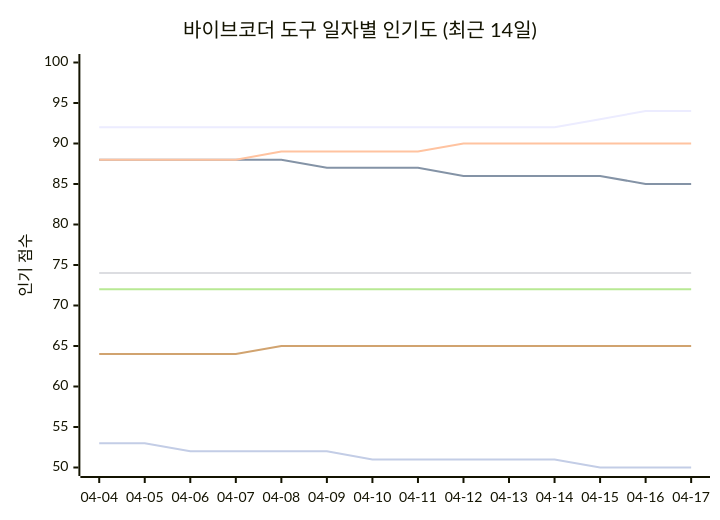
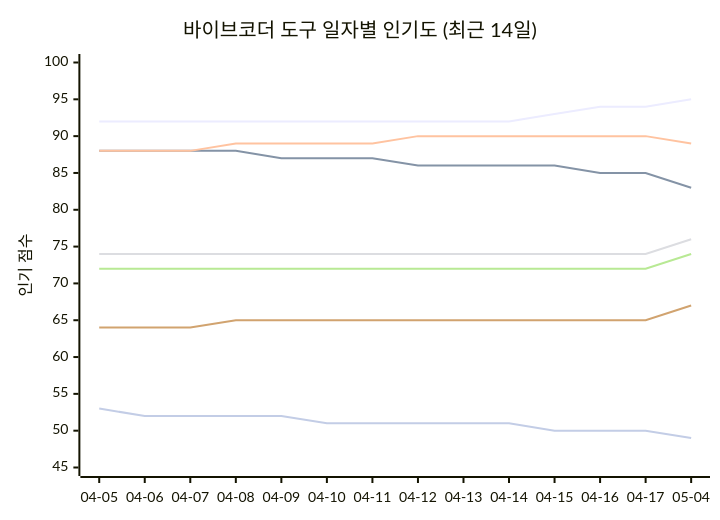
Before and after one commit to tykimos/ai-whatchelin: the seventh of 11 diagrams in README_ko.md, drawn with Mermaid. The commit also changed other lines of this file and 4 other files, not shown here.

````diff
--- a/README_ko.md
+++ b/README_ko.md
@@ -598,13 +662,13 @@
 ```mermaid
 xychart-beta
     title "바이브코더 도구 일자별 인기도 (최근 14일)"
-    x-axis ["04-04", "04-05", "04-06", "04-07", "04-08", "04-09", "04-10", "04-11", "04-12", "04-13", "04-14", "04-15", "04-16", "04-17"]
-    y-axis "인기 점수" 50 --> 100
-    line "Claude Code" [92, 92, 92, 92, 92, 92, 92, 92, 92, 92, 92, 93, 94, 94]
-    line "GH Copilot" [88, 88, 88, 88, 88, 87, 87, 87, 86, 86, 86, 86, 85, 85]
-    line "Cursor" [88, 88, 88, 88, 89, 89, 89, 89, 90, 90, 90, 90, 90, 90]
-    line "Windsurf" [74, 74, 74, 74, 74, 74, 74, 74, 74, 74, 74, 74, 74, 74]
-    line "Codex CLI" [72, 72, 72, 72, 72, 72, 72, 72, 72, 72, 72, 72, 72, 72]
-    line "Gemini CLI" [64, 64, 64, 64, 65, 65, 65, 65, 65, 65, 65, 65, 65, 65]
-    line "Antigravity" [53, 53, 52, 52, 52, 52, 51, 51, 51, 51, 51, 50, 50, 50]
+    x-axis ["04-05", "04-06", "04-07", "04-08", "04-09", "04-10", "04-11", "04-12", "04-13", "04-14", "04-15", "04-16", "04-17", "05-04"]
+    y-axis "인기 점수" 45 --> 100
+    line "Claude Code" [92, 92, 92, 92, 92, 92, 92, 92, 92, 92, 93, 94, 94, 95]
+    line "GH Copilot" [88, 88, 88, 88, 87, 87, 87, 86, 86, 86, 86, 85, 85, 83]
+    line "Cursor" [88, 88, 88, 89, 89, 89, 89, 90, 90, 90, 90, 90, 90, 89]
+    line "Windsurf" [74, 74, 74, 74, 74, 74, 74, 74, 74, 74, 74, 74, 74, 76]
+    line "Codex CLI" [72, 72, 72, 72, 72, 72, 72, 72, 72, 72, 72, 72, 72, 74]
+    line "Gemini CLI" [64, 64, 64, 65, 65, 65, 65, 65, 65, 65, 65, 65, 65, 67]
+    line "Antigravity" [53, 52, 52, 52, 52, 51, 51, 51, 51, 51, 50, 50, 50, 49]
 ```
````
